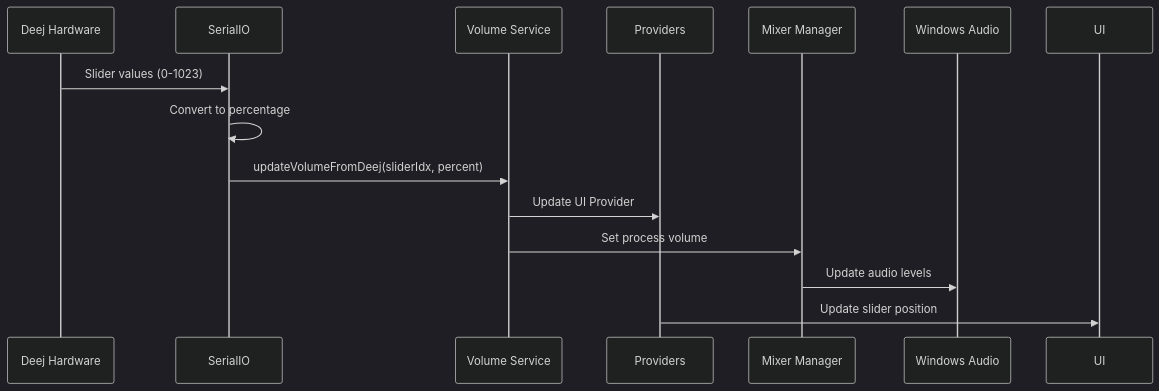
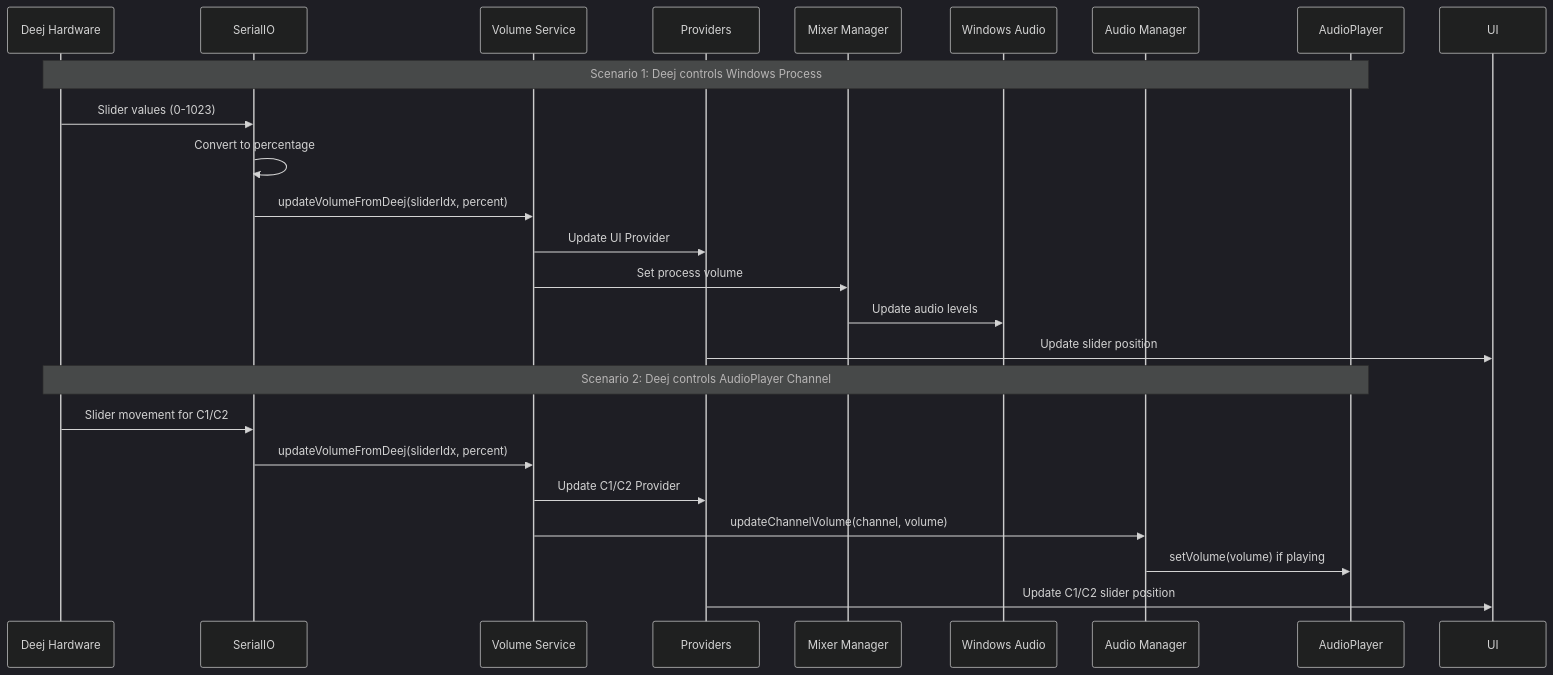
The second of 4 diagrams in docs/volume_control_architecture.md (morbo12/soundboard), drawn with Mermaid (dark theme) before and after one commit. The commit also changed other lines of this file and 6 other files, not shown here.

````diff
--- a/docs/volume_control_architecture.md
+++ b/docs/volume_control_architecture.md
@@ -113,17 +138,30 @@
 ```mermaid
 sequenceDiagram
     participant D as Deej Hardware
     participant S as SerialIO
     participant VS as Volume Service
     participant P as Providers
     participant M as Mixer Manager
     participant W as Windows Audio
+    participant AM as Audio Manager
+    participant AP as AudioPlayer
+
+    Note over D,AP: Scenario 1: Deej controls Windows Process
 
     D->>S: Slider values (0-1023)
     S->>S: Convert to percentage
     S->>VS: updateVolumeFromDeej(sliderIdx, percent)
     VS->>P: Update UI Provider
     VS->>M: Set process volume
     M->>W: Update audio levels
     P->>UI: Update slider position
+
+    Note over D,AP: Scenario 2: Deej controls AudioPlayer Channel
+
+    D->>S: Slider movement for C1/C2
+    S->>VS: updateVolumeFromDeej(sliderIdx, percent)
+    VS->>P: Update C1/C2 Provider
+    VS->>AM: updateChannelVolume(channel, volume)
+    AM->>AP: setVolume(volume) if playing
+    P->>UI: Update C1/C2 slider position
 ```
````
